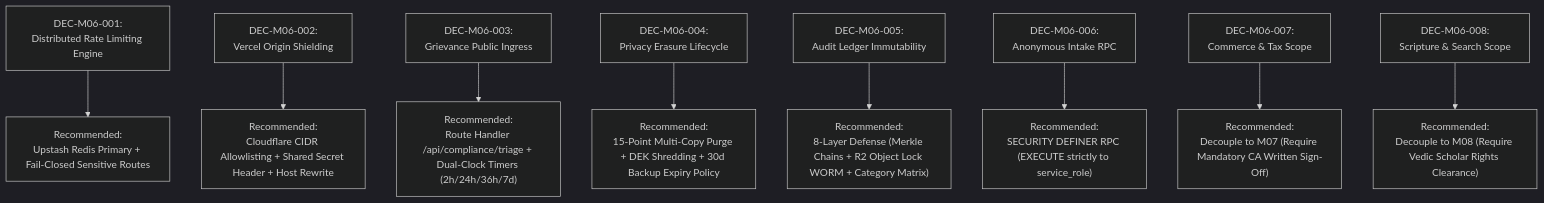
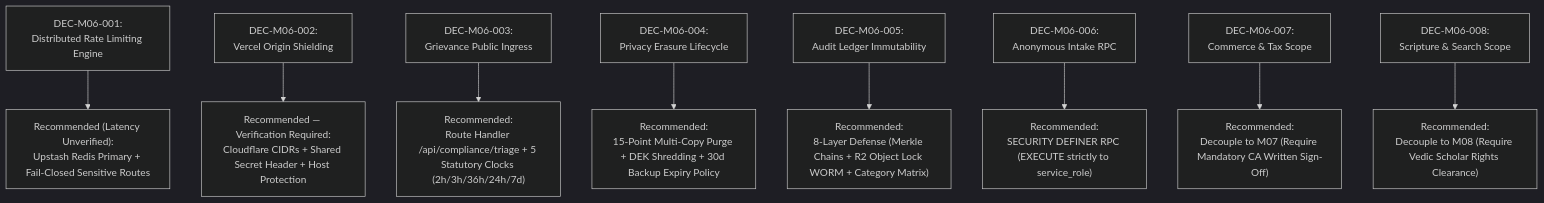
The diagram in docs/M06_PRE_IMPLEMENTATION_DECISION_REGISTER.md (Sunder-Chauhan/Ishti-OS), drawn with Mermaid (dark theme) before and after one commit. The commit also changed other lines of this file and 7 other files, not shown here.

Commit message:
docs(m06): reconcile it rules rule 3(1)(d) 3-hour timeline, reclassify origin shielding, and separate g0 statuses

````diff
--- a/docs/M06_PRE_IMPLEMENTATION_DECISION_REGISTER.md
+++ b/docs/M06_PRE_IMPLEMENTATION_DECISION_REGISTER.md
@@ -24,11 +24,11 @@
 ```mermaid
 flowchart TD
-    D1["DEC-M06-001:\nDistributed Rate Limiting Engine"] --> R1["Recommended:\nUpstash Redis Primary + Fail-Closed Sensitive Routes"]
-    D2["DEC-M06-002:\nVercel Origin Shielding"] --> R2["Recommended:\nCloudflare CIDR Allowlisting + Shared Secret Header + Host Rewrite"]
-    D3["DEC-M06-003:\nGrievance Public Ingress"] --> R3["Recommended:\nRoute Handler /api/compliance/triage + Dual-Clock Timers (2h/24h/36h/7d)"]
+    D1["DEC-M06-001:\nDistributed Rate Limiting Engine"] --> R1["Recommended (Latency Unverified):\nUpstash Redis Primary + Fail-Closed Sensitive Routes"]
+    D2["DEC-M06-002:\nVercel Origin Shielding"] --> R2["Recommended — Verification Required:\nCloudflare CIDRs + Shared Secret Header + Host Protection"]
+    D3["DEC-M06-003:\nGrievance Public Ingress"] --> R3["Recommended:\nRoute Handler /api/compliance/triage + 5 Statutory Clocks (2h/3h/36h/24h/7d)"]
     D4["DEC-M06-004:\nPrivacy Erasure Lifecycle"] --> R4["Recommended:\n15-Point Multi-Copy Purge + DEK Shredding + 30d Backup Expiry Policy"]
     D5["DEC-M06-005:\nAudit Ledger Immutability"] --> R5["Recommended:\n8-Layer Defense (Merkle Chains + R2 Object Lock WORM + Category Matrix)"]
     D6["DEC-M06-006:\nAnonymous Intake RPC"] --> R6["Recommended:\nSECURITY DEFINER RPC (EXECUTE strictly to service_role)"]
     D7["DEC-M06-007:\nCommerce & Tax Scope"] --> R7["Recommended:\nDecouple to M07 (Require Mandatory CA Written Sign-Off)"]
     D8["DEC-M06-008:\nScripture & Search Scope"] --> R8["Recommended:\nDecouple to M08 (Require Vedic Scholar Rights Clearance)"]
 ```
````
